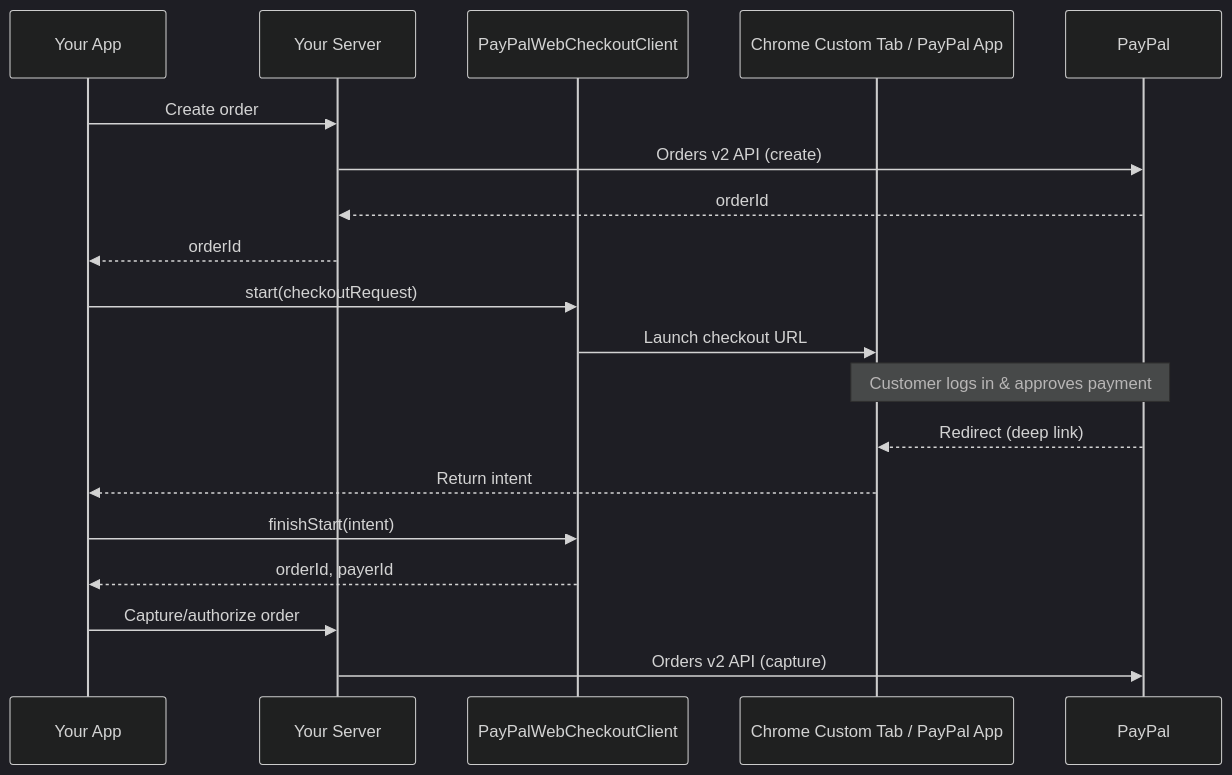
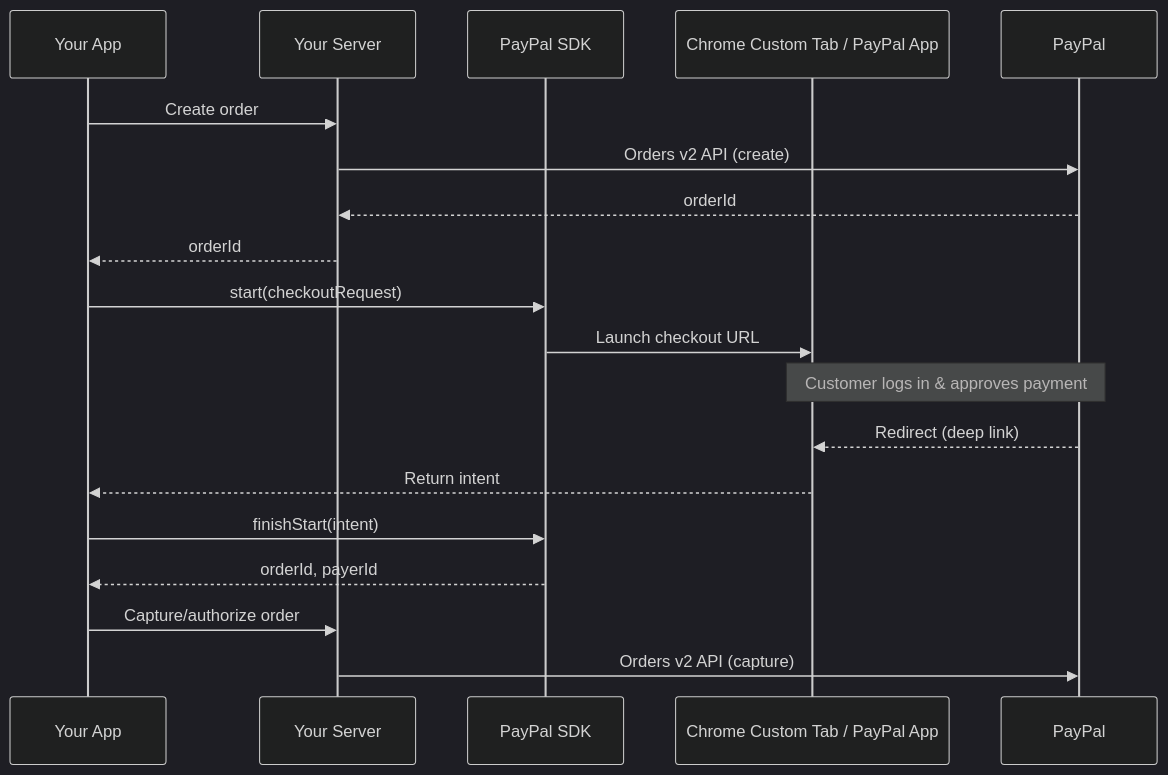
Before and after one commit to paypal/paypal-android: the fifth of 5 diagrams in Docs/IntegrationGuide.md, drawn with Mermaid (dark theme). The commit also changed other lines of this file, not shown here.

First line of the commit message:
Split card payment diagram into two and standardize diagram labels

````diff
--- a/Docs/IntegrationGuide.md
+++ b/Docs/IntegrationGuide.md
@@ -533,22 +555,22 @@
 ```mermaid
 sequenceDiagram
     participant App as Your App
     participant Server as Your Server
-    participant SDK as PayPalWebCheckoutClient
+    participant SDK as PayPal SDK
     participant Browser as Chrome Custom Tab / PayPal App
     participant PayPal as PayPal
 
     App->>Server: Create order
     Server->>PayPal: Orders v2 API (create)
     PayPal-->>Server: orderId
     Server-->>App: orderId
     App->>SDK: start(checkoutRequest)
     SDK->>Browser: Launch checkout URL
     Note over Browser,PayPal: Customer logs in & approves payment
     PayPal-->>Browser: Redirect (deep link)
     Browser-->>App: Return intent
     App->>SDK: finishStart(intent)
     SDK-->>App: orderId, payerId
     App->>Server: Capture/authorize order
     Server->>PayPal: Orders v2 API (capture)
 ```
````
